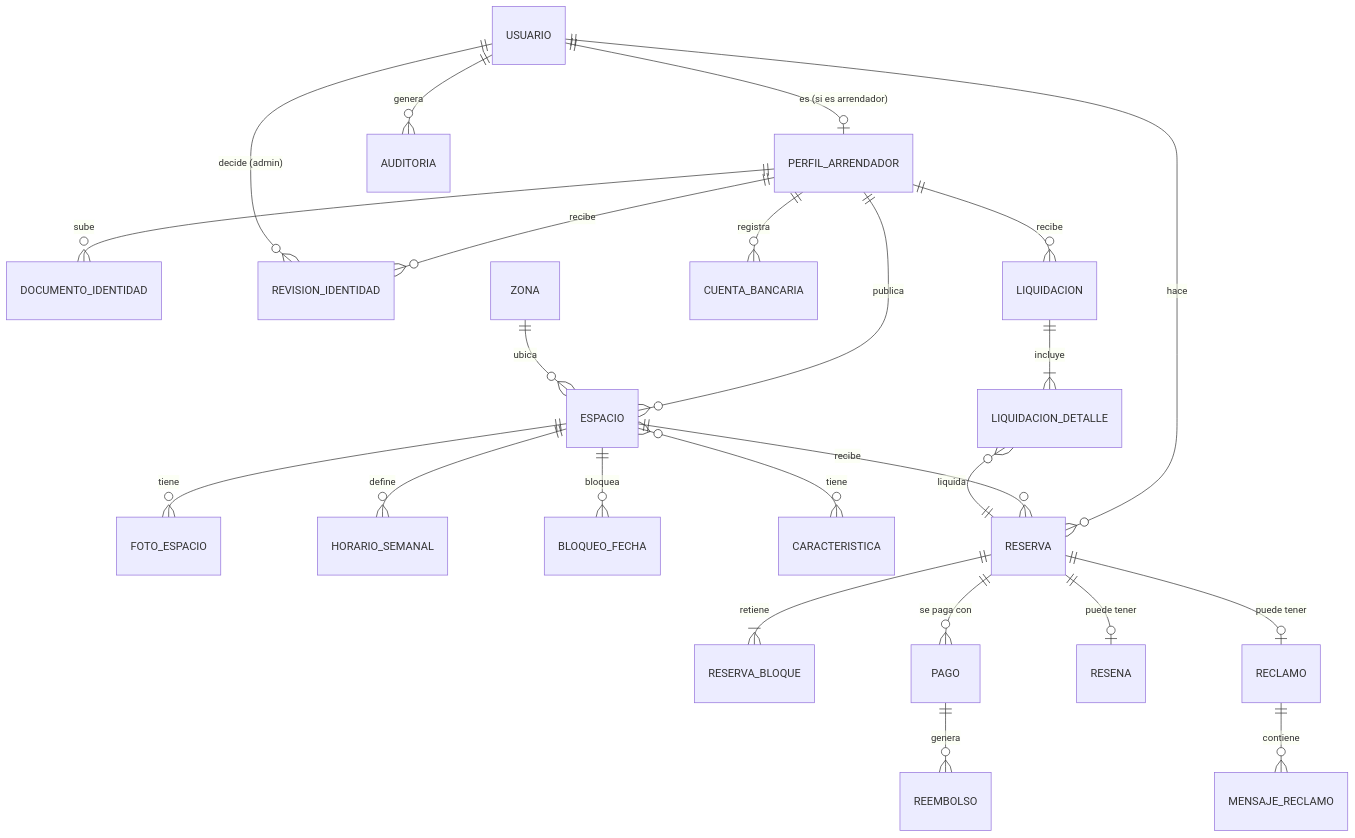
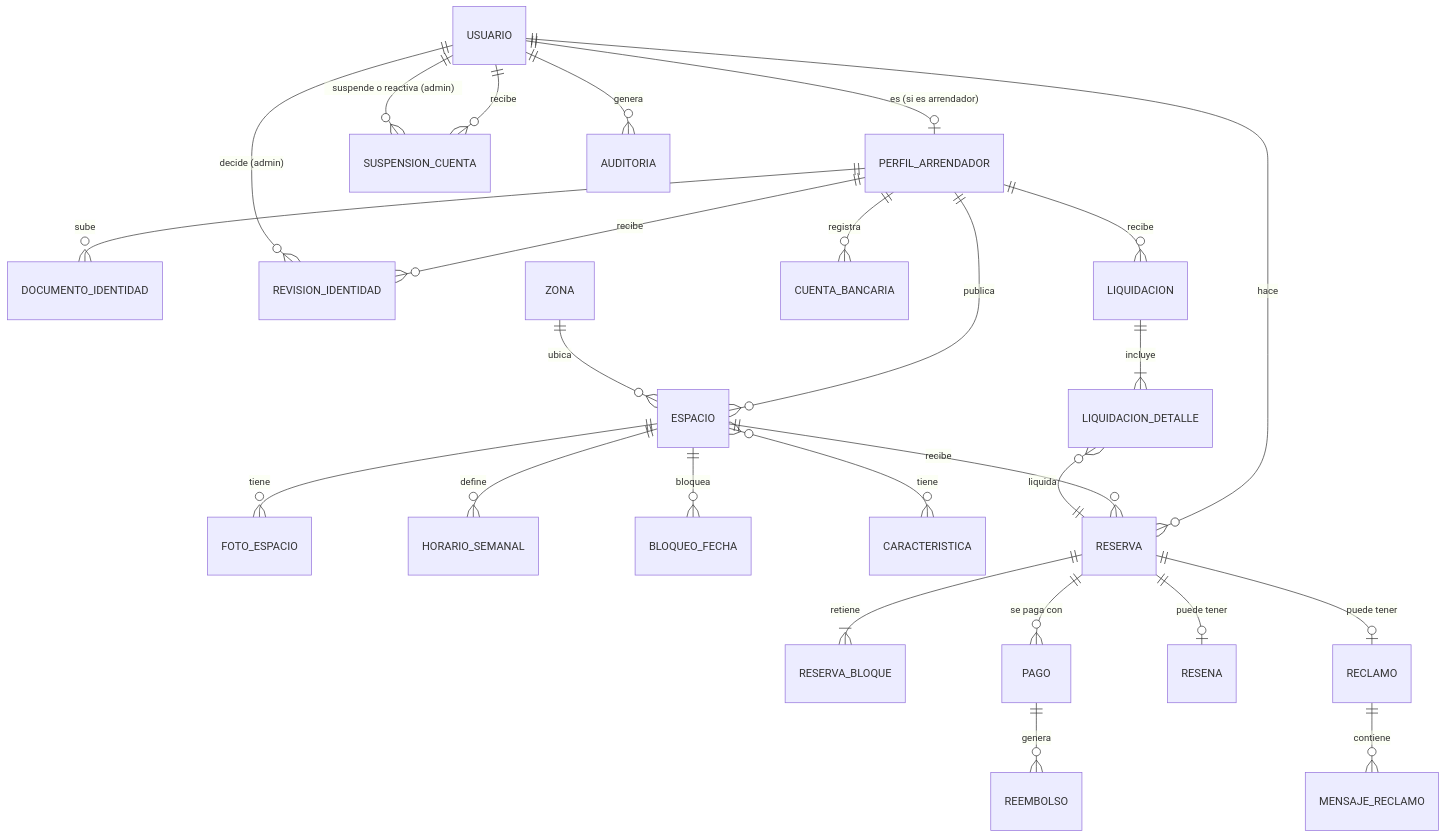
Before and after one commit to JorgeTQB/EspacioYa-Marketplace: the diagram in docs/modelo-datos.md, drawn with Mermaid. The commit also changed other lines of this file and 61 other files, not shown here.

````diff
--- a/docs/modelo-datos.md
+++ b/docs/modelo-datos.md
@@ -60,26 +62,28 @@
 ```mermaid
 erDiagram
   USUARIO ||--o| PERFIL_ARRENDADOR : "es (si es arrendador)"
   PERFIL_ARRENDADOR ||--o{ DOCUMENTO_IDENTIDAD : sube
   PERFIL_ARRENDADOR ||--o{ REVISION_IDENTIDAD : "recibe"
   USUARIO ||--o{ REVISION_IDENTIDAD : "decide (admin)"
+  USUARIO ||--o{ SUSPENSION_CUENTA : "recibe"
+  USUARIO ||--o{ SUSPENSION_CUENTA : "suspende o reactiva (admin)"
   PERFIL_ARRENDADOR ||--o{ ESPACIO : publica
   ZONA ||--o{ ESPACIO : ubica
   PERFIL_ARRENDADOR ||--o{ CUENTA_BANCARIA : registra
   PERFIL_ARRENDADOR ||--o{ LIQUIDACION : recibe
   ESPACIO ||--o{ FOTO_ESPACIO : tiene
   ESPACIO ||--o{ HORARIO_SEMANAL : define
   ESPACIO ||--o{ BLOQUEO_FECHA : bloquea
   ESPACIO }o--o{ CARACTERISTICA : tiene
   USUARIO ||--o{ RESERVA : hace
   ESPACIO ||--o{ RESERVA : recibe
   RESERVA ||--|{ RESERVA_BLOQUE : retiene
   RESERVA ||--o{ PAGO : "se paga con"
   PAGO ||--o{ REEMBOLSO : genera
   LIQUIDACION ||--|{ LIQUIDACION_DETALLE : incluye
   LIQUIDACION_DETALLE }o--|| RESERVA : liquida
   RESERVA ||--o| RESENA : "puede tener"
   RESERVA ||--o| RECLAMO : "puede tener"
   RECLAMO ||--o{ MENSAJE_RECLAMO : contiene
   USUARIO ||--o{ AUDITORIA : genera
 ```
````
